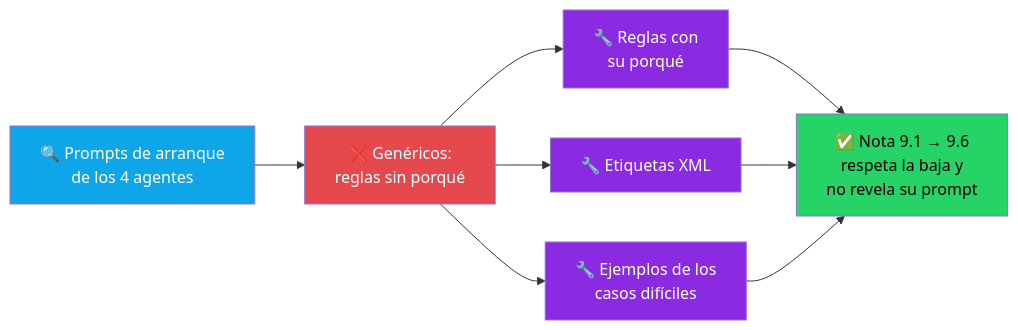
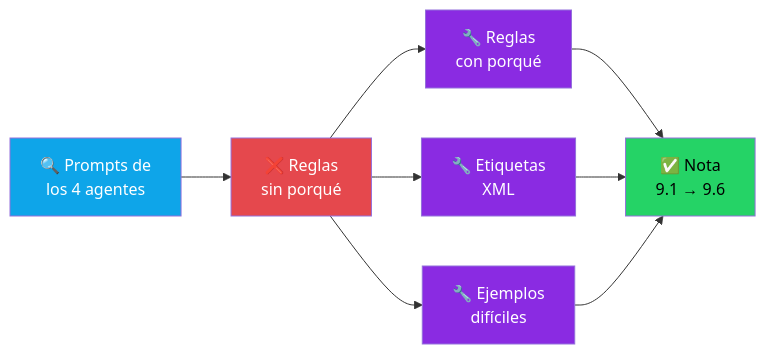
One commit to grancobud/arm-whatsapp changed the tenth of 15 diagrams in README.md. Above: the diagram before and after it, drawn with Mermaid. The commit also changed other lines of this file, not shown here.

Commit message:
docs: diagramas de auditoría más compactos (entran en pantallas angostas)

````diff
--- a/README.md
+++ b/README.md
@@ -303,15 +294,12 @@
 ```mermaid
 flowchart LR
-    P[🔍 Prompts de arranque<br/>de los 4 agentes] --> F[❌ Genéricos:<br/>reglas sin porqué]
-    F --> M1[🔧 Reglas con<br/>su porqué]
-    F --> M2[🔧 Etiquetas XML]
-    F --> M3[🔧 Ejemplos de los<br/>casos difíciles]
-    M1 & M2 & M3 --> R[✅ Nota 9.1 → 9.6<br/>respeta la baja y<br/>no revela su prompt]
-
-    style P fill:#0EA5E9,color:#fff
-    style F fill:#E5484D,color:#fff
-    style M1 fill:#8A2BE2,color:#fff
-    style M2 fill:#8A2BE2,color:#fff
-    style M3 fill:#8A2BE2,color:#fff
-    style R fill:#25D366,color:#000
+    P[🔍 Prompts de<br/>los 4 agentes]:::p --> F[❌ Reglas<br/>sin porqué]:::f
+    F --> M1[🔧 Reglas<br/>con porqué]:::m
+    F --> M2[🔧 Etiquetas<br/>XML]:::m
+    F --> M3[🔧 Ejemplos<br/>difíciles]:::m
+    M1 & M2 & M3 --> R[✅ Nota<br/>9.1 → 9.6]:::r
+    classDef p fill:#0EA5E9,color:#fff
+    classDef f fill:#E5484D,color:#fff
+    classDef m fill:#8A2BE2,color:#fff
+    classDef r fill:#25D366,color:#000
 ```
````
